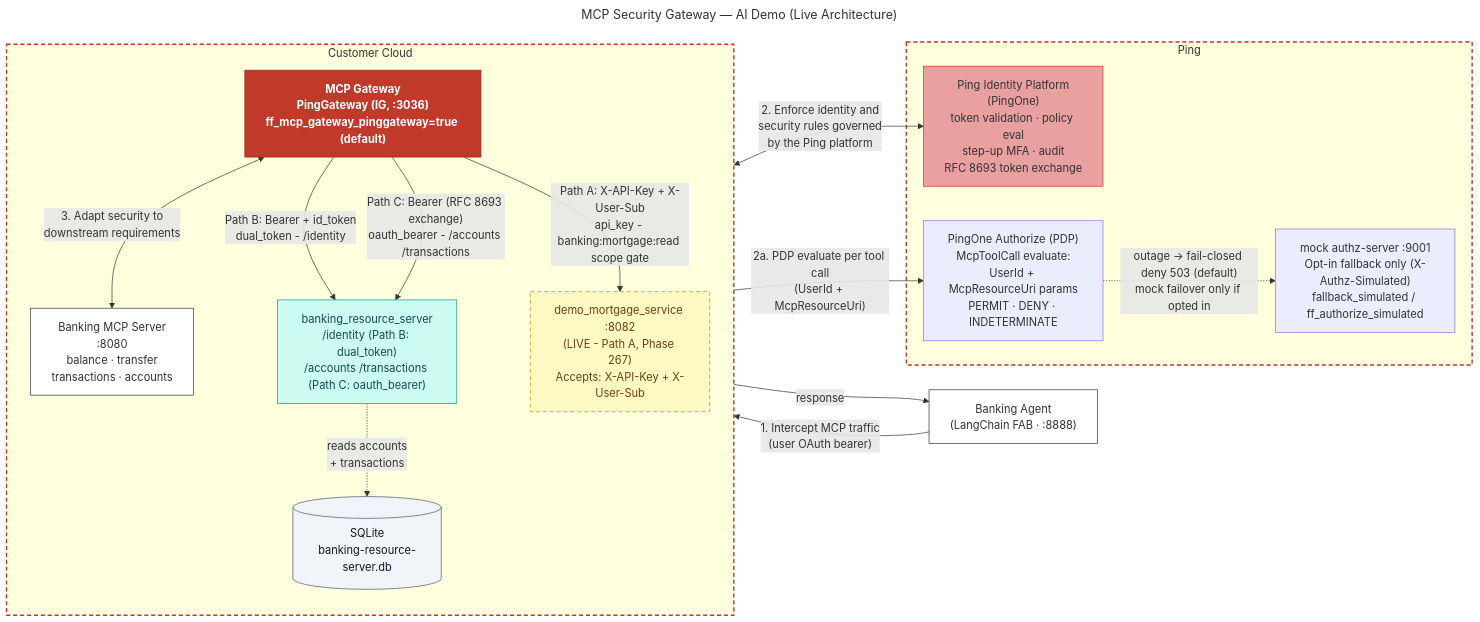
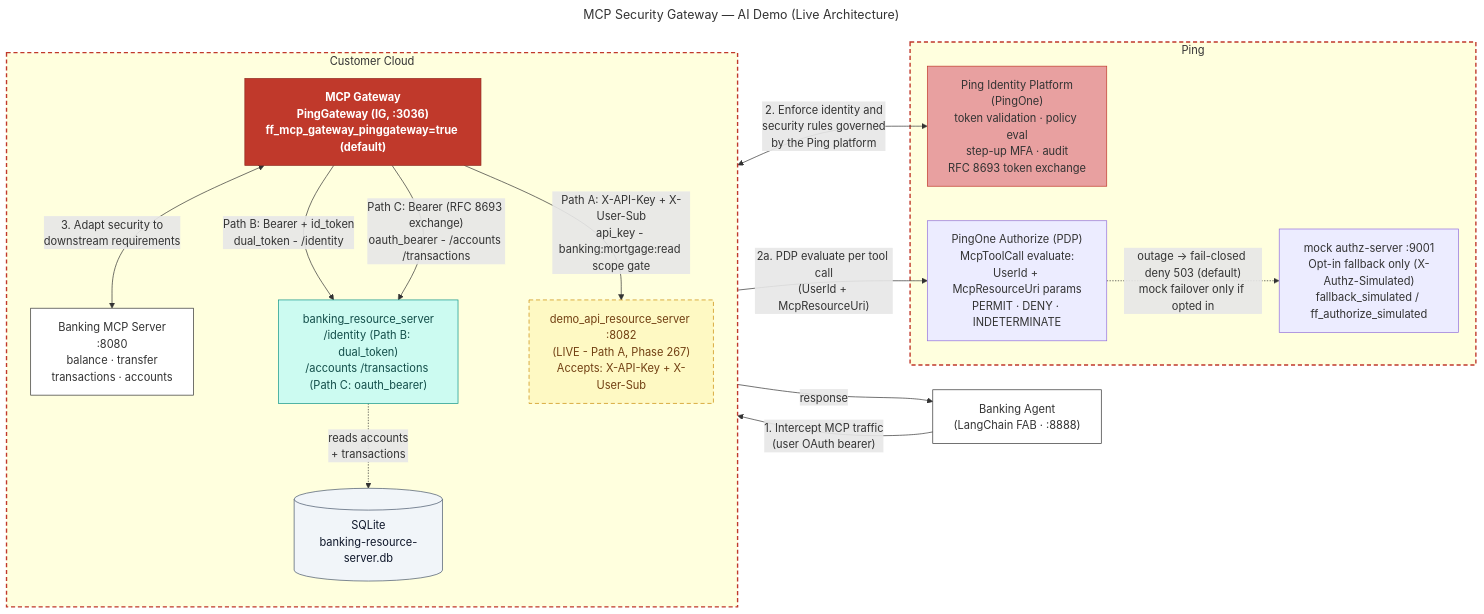
Before and after one commit to curtismu7/AI-DEMO2: the diagram in docs/diagrams/mcp-security-gateway.mmd, drawn with Mermaid. The commit also changed 250 other files, not shown here.

First line of the commit message:
refactor: rename mortgage-service to api-resource-server, mcp-invest to mcp-resource-server

```diff
--- a/docs/diagrams/mcp-security-gateway.mmd
+++ b/docs/diagrams/mcp-security-gateway.mmd
@@ -1,52 +1,52 @@
 ---
 title: MCP Security Gateway — AI Demo (Live Architecture)
 ---
 %% Phase 266 R2 (2026-05-11): One gateway, three credential mechanisms.
 %% 2026-06-18: PingGateway (IG, :3036) is the default MCP gateway (ff_mcp_gateway_pinggateway=true).
 %% Authorize params now include UserId + McpResourceUri in every McpToolCall request.
 %% Authorize outage: fail-closed deny 503 by default (AUTHORIZE_FAILOVER_MODE=deny). Mock authz-server:9001
 %% failover (X-Authz-Simulated) is opt-in only (fallback_simulated / ff_authorize_simulated).
-%% Path A (api_key): scope gate (banking:mortgage:read); OAuth bearer dropped; X-API-Key + X-User-Sub injected; calls demo_mortgage_service :8082 (Phase 267).
+%% Path A (api_key): scope gate (banking:mortgage:read); OAuth bearer dropped; X-API-Key + X-User-Sub injected; calls demo_api_resource_server :8082 (Phase 267).
 %% Path B (dual_token): Bearer + id_token forwarded to banking_resource_server /identity.
 %% Path C (oauth_bearer): RFC 8693 exchange; Bearer (new aud) to banking_resource_server /accounts /transactions (SQLite).
 %% Paths B and C both reach the same banking_resource_server backend at different routes.
 flowchart LR
     BANKING_AGENT["Banking Agent\n(LangChain FAB · :8888)"]
 
     subgraph Customer["Customer Cloud"]
         direction TB
         GATEWAY["MCP Gateway\nPingGateway (IG, :3036)\nff_mcp_gateway_pinggateway=true (default)"]
         MCP_SERVER["Banking MCP Server\n:8080\nbalance · transfer\ntransactions · accounts"]
         GATEWAY <-->|"3. Adapt security to\ndownstream requirements"| MCP_SERVER
         BANKING_RS["banking_resource_server\n/identity (Path B: dual_token)\n/accounts /transactions (Path C: oauth_bearer)"]
         SQLITE[("SQLite\nbanking-resource-server.db")]
-        API_KEY_BACKEND["demo_mortgage_service :8082\n(LIVE - Path A, Phase 267)\nAccepts: X-API-Key + X-User-Sub"]
+        API_KEY_BACKEND["demo_api_resource_server :8082\n(LIVE - Path A, Phase 267)\nAccepts: X-API-Key + X-User-Sub"]
     end
 
     subgraph Ping["Ping"]
         PING["Ping Identity Platform\n(PingOne)\ntoken validation · policy eval\nstep-up MFA · audit\nRFC 8693 token exchange"]
         PING_AUTHORIZE["PingOne Authorize (PDP)\nMcpToolCall evaluate:\nUserId + McpResourceUri params\nPERMIT · DENY · INDETERMINATE"]
         MOCK_AUTHZ["mock authz-server :9001\nOpt-in fallback only (X-Authz-Simulated)\nfallback_simulated / ff_authorize_simulated"]
     end
 
     BANKING_AGENT -->|"1. Intercept MCP traffic\n(user OAuth bearer)"| GATEWAY
     GATEWAY -->|"response"| BANKING_AGENT
     GATEWAY <-->|"2. Enforce identity and\nsecurity rules governed\nby the Ping platform"| PING
     GATEWAY -->|"2a. PDP evaluate per tool call\n(UserId + McpResourceUri)"| PING_AUTHORIZE
     PING_AUTHORIZE -.->|"outage → fail-closed deny 503 (default)\nmock failover only if opted in"| MOCK_AUTHZ
 
     %% Phase 266 R2: Three outbound credential paths from the Gateway
     GATEWAY -->|"Path B: Bearer + id_token\ndual_token - /identity"| BANKING_RS
     GATEWAY -->|"Path C: Bearer (RFC 8693 exchange)\noauth_bearer - /accounts /transactions"| BANKING_RS
     GATEWAY -->|"Path A: X-API-Key + X-User-Sub\napi_key - banking:mortgage:read scope gate"| API_KEY_BACKEND
     BANKING_RS -.->|"reads accounts\n+ transactions"| SQLITE
 
     style GATEWAY fill:#c0392b,color:#fff,stroke:#922b21,font-weight:bold
     style PING fill:#e8a0a0,color:#333,stroke:#c0392b
     style BANKING_AGENT fill:#ffffff,stroke:#333
     style MCP_SERVER fill:#ffffff,stroke:#333
     style BANKING_RS fill:#ccfbf1,stroke:#0d9488,color:#134e4a
     style SQLITE fill:#f1f5f9,stroke:#475569,color:#0f172a
     style API_KEY_BACKEND fill:#fef9c3,stroke:#ca8a04,color:#713f12,stroke-dasharray: 6 4
     style Customer stroke:#c0392b,stroke-width:2px,stroke-dasharray: 6 4,color:#333
     style Ping stroke:#c0392b,stroke-width:2px,stroke-dasharray: 6 4,color:#333
```
